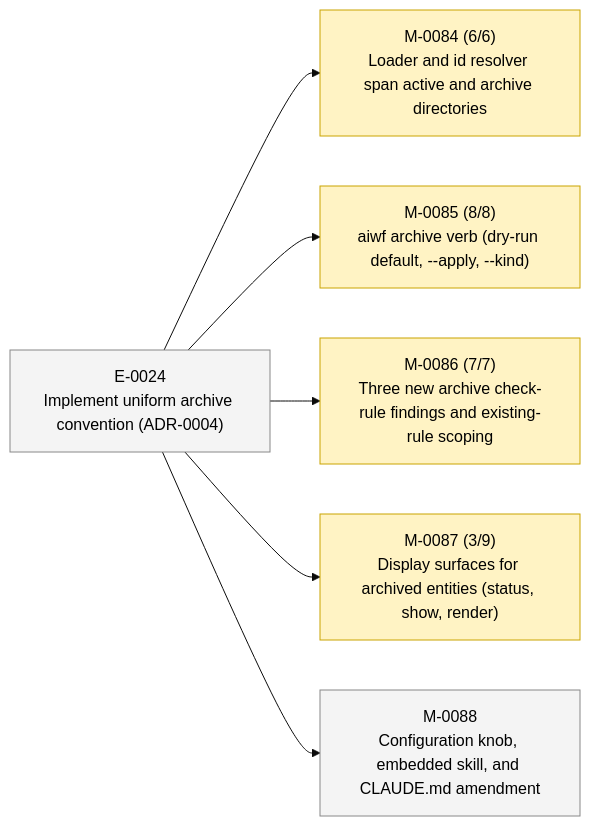
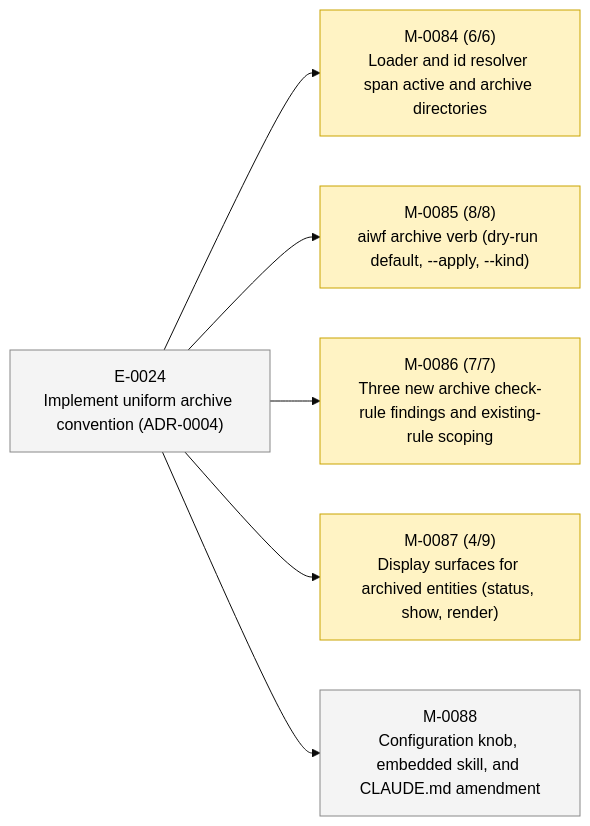
The second of 2 diagrams in STATUS.md (23min/aiwf), drawn with Mermaid (base theme) before and after one commit. The commit also changed other lines of this file and 1 other file, not shown here.

````diff
--- a/STATUS.md
+++ b/STATUS.md
@@ -49,20 +49,20 @@
 ```mermaid
 flowchart LR
   E_0024["E-0024<br/>Implement uniform archive convention (ADR-0004)"]:::epic_proposed
   M_0084["M-0084 (6/6)<br/>Loader and id resolver span active and archive directories"]:::ms_in_progress
   E_0024 --> M_0084
   M_0085["M-0085 (8/8)<br/>aiwf archive verb (dry-run default, --apply, --kind)"]:::ms_in_progress
   E_0024 --> M_0085
   M_0086["M-0086 (7/7)<br/>Three new archive check-rule findings and existing-rule scoping"]:::ms_in_progress
   E_0024 --> M_0086
-  M_0087["M-0087 (3/9)<br/>Display surfaces for archived entities (status, show, render)"]:::ms_in_progress
+  M_0087["M-0087 (4/9)<br/>Display surfaces for archived entities (status, show, render)"]:::ms_in_progress
   E_0024 --> M_0087
   M_0088["M-0088<br/>Configuration knob, embedded skill, and CLAUDE.md amendment"]:::ms_draft
   E_0024 --> M_0088
   classDef epic_active fill:#d6eaff,stroke:#1a73e8,color:#000
   classDef epic_proposed fill:#f4f4f4,stroke:#888,color:#000
   classDef ms_done fill:#d8f5d8,stroke:#2a8a2a,color:#000
   classDef ms_in_progress fill:#fff3c4,stroke:#caa400,color:#000
   classDef ms_draft fill:#f4f4f4,stroke:#888,color:#000
   classDef ms_cancelled fill:#fbeaea,stroke:#c33,color:#000
 ```
````
